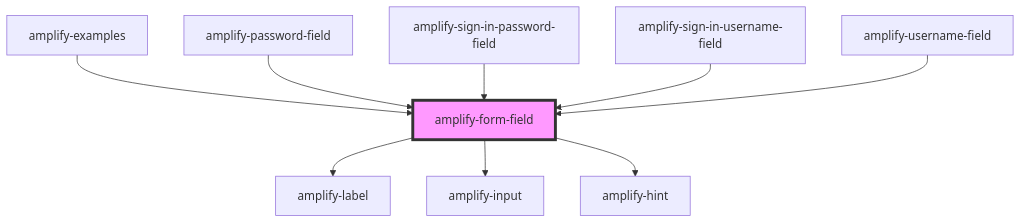
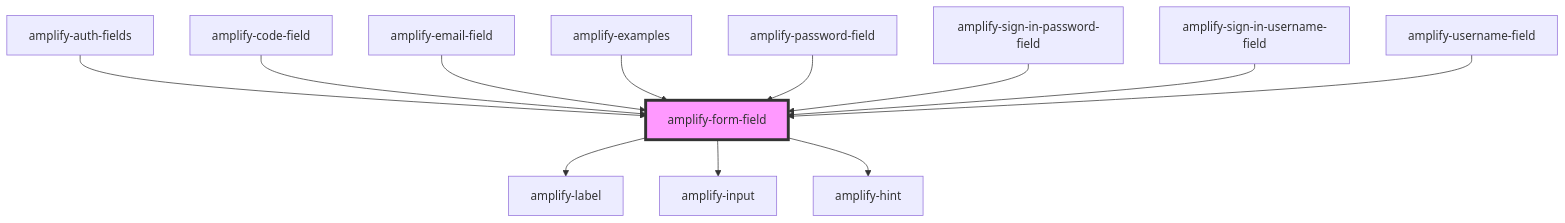
One commit to aws-amplify/amplify-js changed the diagram in packages/amplify-ui-components/src/components/amplify-form-field/readme.md. Above: the diagram before and after it, drawn with Mermaid. The commit also changed other lines of this file and 24 other files, not shown here.

````diff
--- a/packages/amplify-ui-components/src/components/amplify-form-field/readme.md
+++ b/packages/amplify-ui-components/src/components/amplify-form-field/readme.md
@@ -39,12 +43,15 @@
 ```mermaid
 graph TD;
   amplify-form-field --> amplify-label
   amplify-form-field --> amplify-input
   amplify-form-field --> amplify-hint
+  amplify-auth-fields --> amplify-form-field
+  amplify-code-field --> amplify-form-field
+  amplify-email-field --> amplify-form-field
   amplify-examples --> amplify-form-field
   amplify-password-field --> amplify-form-field
   amplify-sign-in-password-field --> amplify-form-field
   amplify-sign-in-username-field --> amplify-form-field
   amplify-username-field --> amplify-form-field
   style amplify-form-field fill:#f9f,stroke:#333,stroke-width:4px
 ```
````
